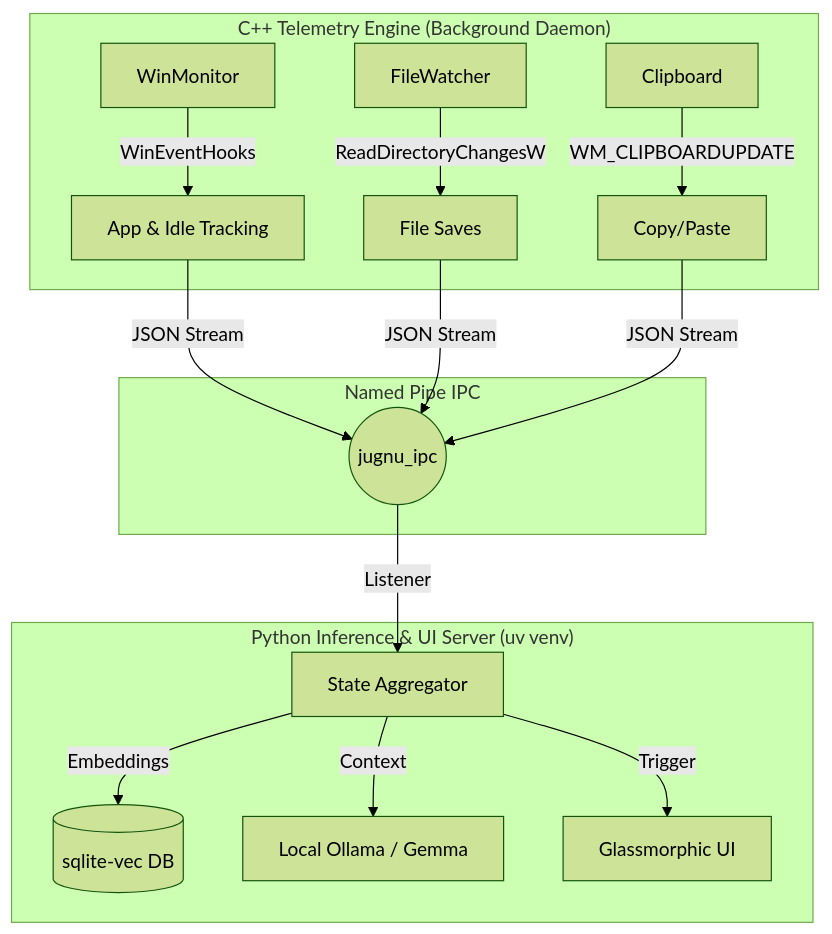
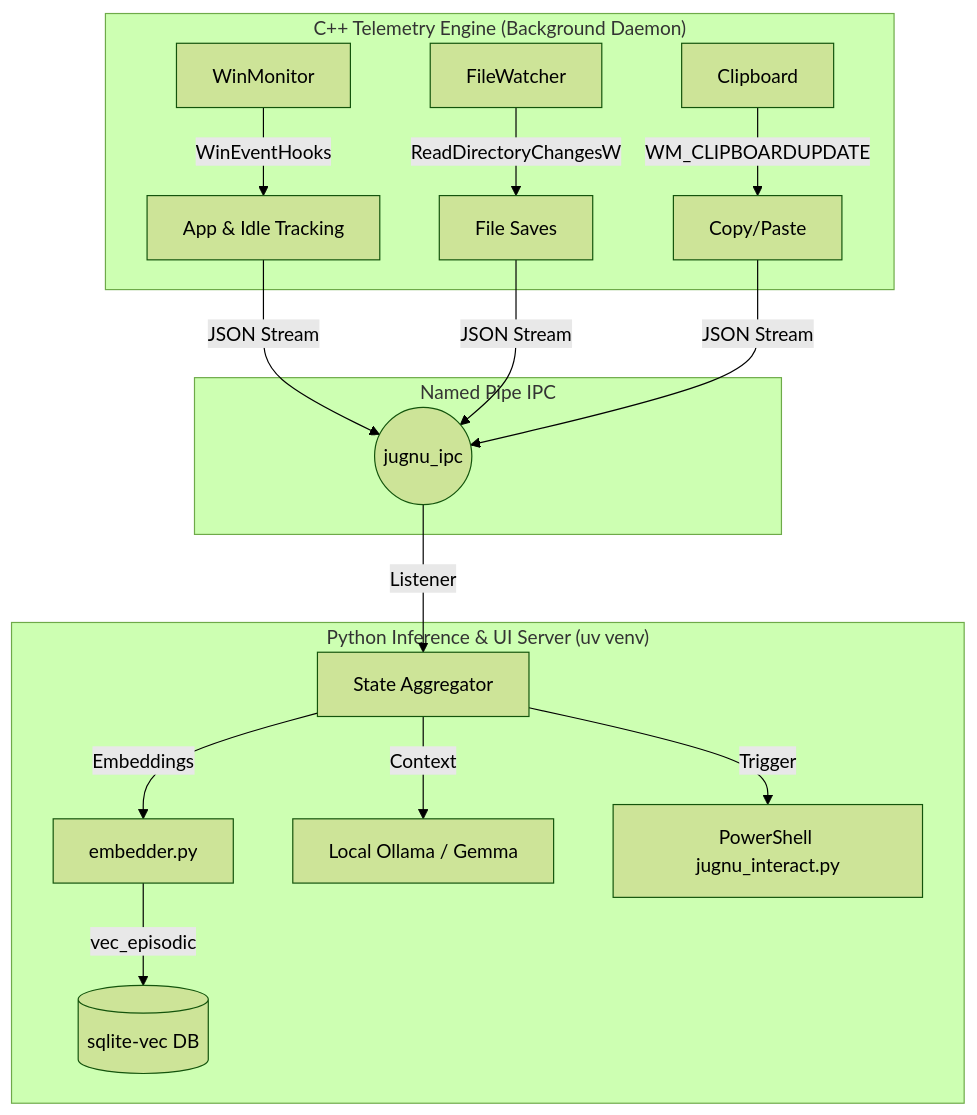
Before and after one commit to UllasDas004/Jugnu-on-device-AI-buddy: the diagram in README.md, drawn with Mermaid (forest theme). The commit also changed other lines of this file and 12 other files, not shown here.

````diff
--- a/README.md
+++ b/README.md
@@ -20,21 +20,22 @@
 ```mermaid
 graph TD
     subgraph "C++ Telemetry Engine (Background Daemon)"
         W[WinMonitor] -->|WinEventHooks| AppSwitch[App & Idle Tracking]
         FW[FileWatcher] -->|ReadDirectoryChangesW| FileMonitor[File Saves]
         CB[Clipboard] -->|WM_CLIPBOARDUPDATE| ClipTracker[Copy/Paste]
     end
 
     subgraph "Named Pipe IPC"
         AppSwitch -->|JSON Stream| Pipe((jugnu_ipc))
         FileMonitor -->|JSON Stream| Pipe
         ClipTracker -->|JSON Stream| Pipe
     end
 
     subgraph "Python Inference & UI Server (uv venv)"
         Pipe -->|Listener| StateManager[State Aggregator]
-        StateManager -->|Embeddings| SQLiteVec[(sqlite-vec DB)]
+        StateManager -->|Embeddings| Embedder[embedder.py]
+        Embedder -->|vec_episodic| SQLiteVec[(sqlite-vec DB)]
         StateManager -->|Context| AIEngine[Local Ollama / Gemma]
-        StateManager -->|Trigger| PyWebView[Glassmorphic UI]
+        StateManager -->|Trigger| TerminalUI[PowerShell jugnu_interact.py]
     end
 ```
````
